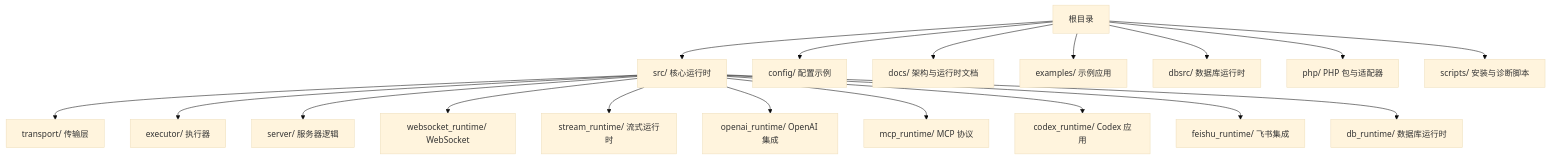
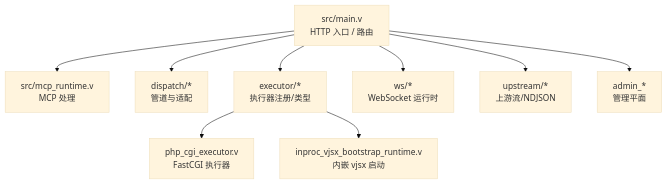
The first of 6 diagrams in .qoder/repowiki/zh/content/项目概述/项目概述.md (guweigang/vhttpd), drawn with Mermaid (base theme) before and after one commit. The commit also changed other lines of this file and 697 other files, not shown here.

````diff
--- a/.qoder/repowiki/zh/content/项目概述/项目概述.md
+++ b/.qoder/repowiki/zh/content/项目概述/项目概述.md
@@ -71,20 +53,11 @@
 ```mermaid
 graph TB
-A["根目录"] --> B["src/ 核心运行时"]
-A --> C["config/ 配置示例"]
-A --> D["docs/ 架构与运行时文档"]
-A --> E["examples/ 示例应用"]
-A --> F["dbsrc/ 数据库运行时"]
-A --> G["php/ PHP 包与适配器"]
-A --> H["scripts/ 安装与诊断脚本"]
-B --> B1["transport/ 传输层"]
-B --> B2["executor/ 执行器"]
-B --> B3["server/ 服务器逻辑"]
-B --> B4["websocket_runtime/ WebSocket"]
-B --> B5["stream_runtime/ 流式运行时"]
-B --> B6["openai_runtime/ OpenAI 集成"]
-B --> B7["mcp_runtime/ MCP 协议"]
-B --> B8["codex_runtime/ Codex 应用"]
-B --> B9["feishu_runtime/ 飞书集成"]
-B --> B10["db_runtime/ 数据库运行时"]
+A["src/main.v<br/>HTTP 入口 / 路由"] --> B["src/mcp_runtime.v<br/>MCP 处理"]
+A --> C["dispatch/*<br/>管道与适配"]
+A --> D["executor/*<br/>执行器注册/类型"]
+A --> E["ws/*<br/>WebSocket 运行时"]
+A --> F["upstream/*<br/>上游流/NDJSON"]
+A --> G["admin_*<br/>管理平面"]
+D --> H["php_cgi_executor.v<br/>FastCGI 执行器"]
+D --> I["inproc_vjsx_bootstrap_runtime.v<br/>内嵌 vjsx 启动"]
 ```
````
